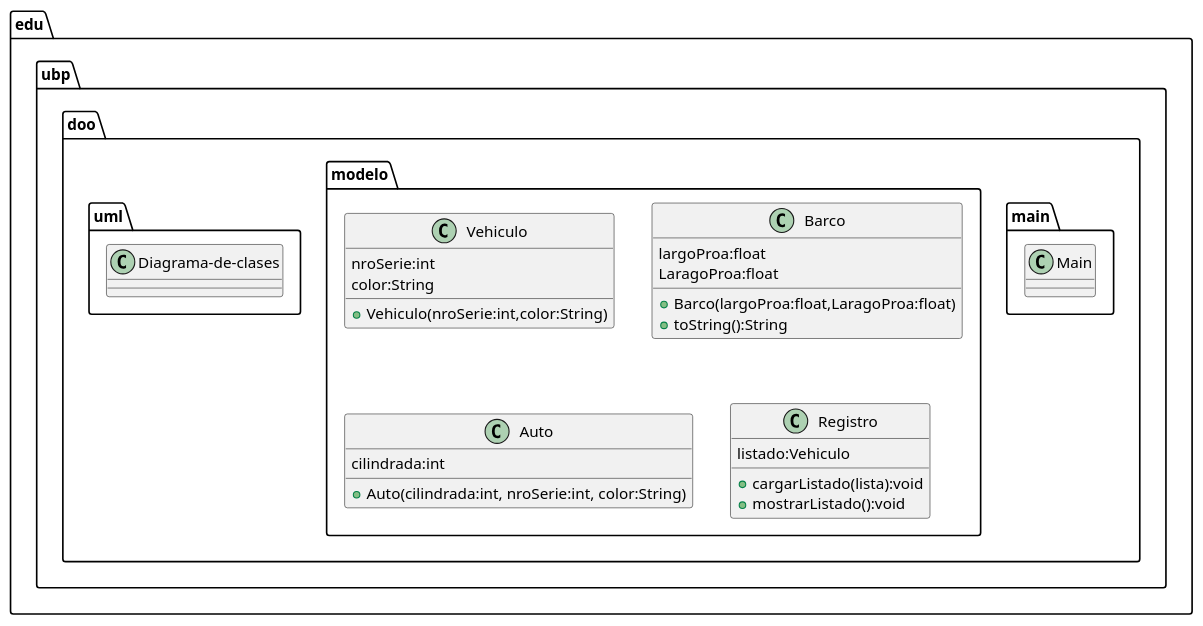
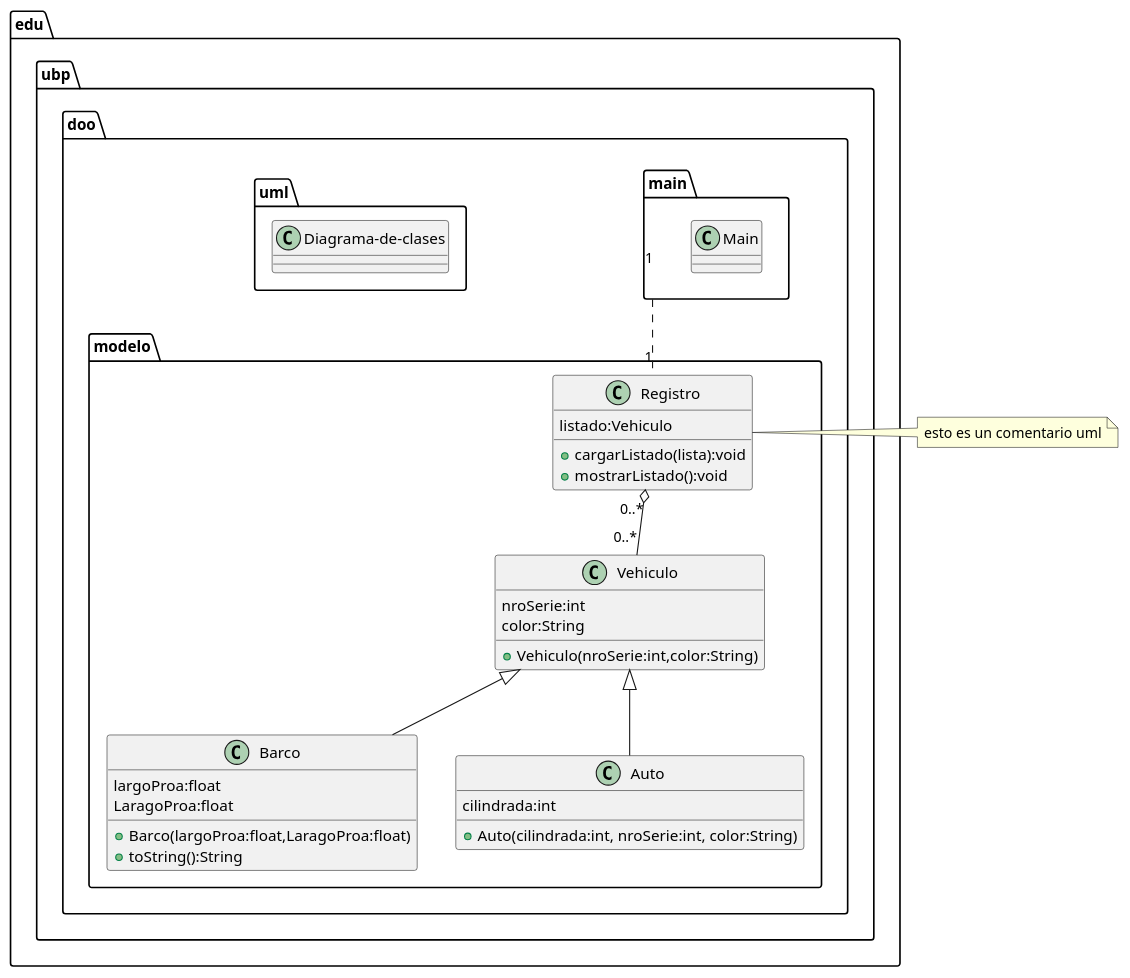
One commit to SecondPort/DOO1 changed the diagram in Java/src/Java/Clases.puml. Above: the diagram before and after it, drawn with PlantUML. The commit also changed 5 other files, not shown here.

```diff
--- a/Java/src/Java/Clases.puml
+++ b/Java/src/Java/Clases.puml
@@ -1,33 +1,44 @@
 @startuml
 
 
 package edu.ubp.doo.main{
     class Main{}
 }
 
 package edu.ubp.doo.modelo{
     class Vehiculo{
         nroSerie:int
         color:String
         +Vehiculo(nroSerie:int,color:String)
         }
     class Barco{
         largoProa:float
         LaragoProa:float
         +Barco(largoProa:float,LaragoProa:float)
         +toString():String
         }
     class Auto{
         cilindrada:int
         +Auto(cilindrada:int, nroSerie:int, color:String)
         }
     class Registro{
         listado:Vehiculo
         +cargarListado(lista):void
         +mostrarListado():void
         }
 }
 package edu.ubp.doo.uml{
     class Diagrama-de-clases{}
 }
+Barco -up-|> Vehiculo
+Auto -up-|> Vehiculo
+
+Registro "0..*" o-down- "0..*" Vehiculo
+main "1".. "1" Registro
+
+note as n1
+esto es un comentario uml
+end note
+
+Registro - n1
 @enduml
```
